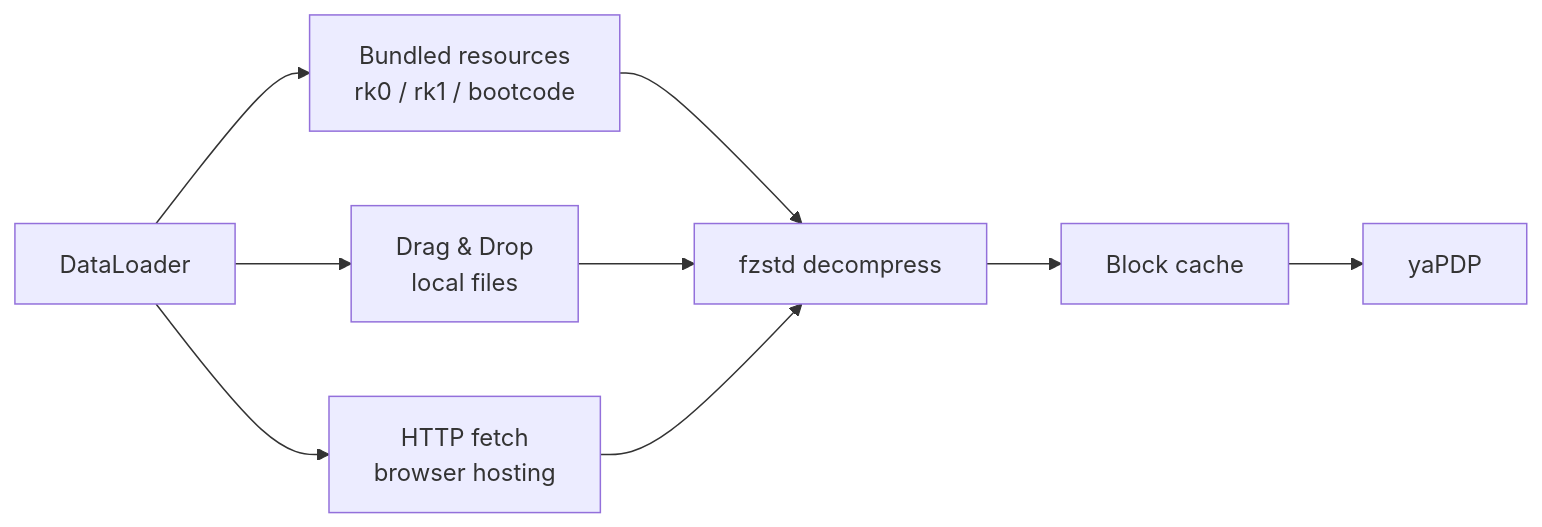
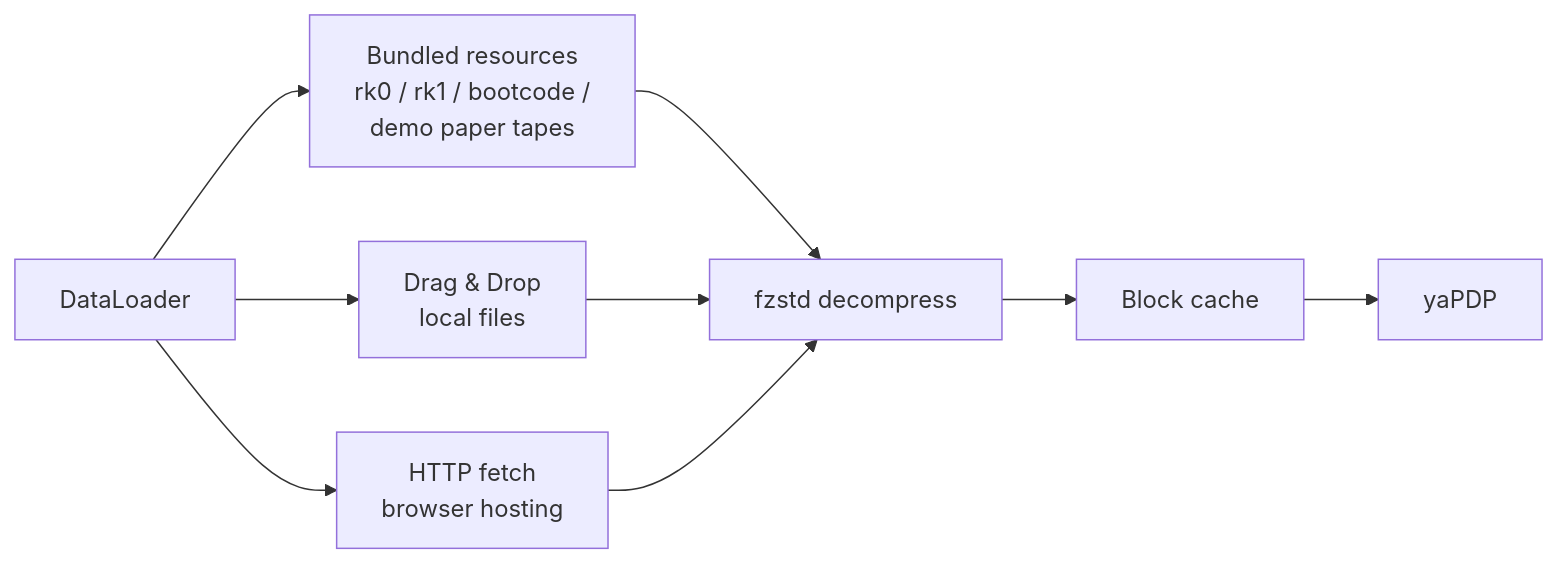
Before and after one commit to amesk/yaPDP: the diagram in docs/BUILDING.md, drawn with Mermaid. The commit also changed other lines of this file and 15 other files, not shown here.

````diff
--- a/docs/BUILDING.md
+++ b/docs/BUILDING.md
@@ -58,10 +73,10 @@
 ```mermaid
 flowchart LR
-    A[DataLoader] --> B[Bundled resources<br/>rk0 / rk1 / bootcode]
+    A[DataLoader] --> B[Bundled resources<br/>rk0 / rk1 / bootcode /<br/>demo paper tapes]
     A --> C[Drag & Drop<br/>local files]
     A --> D[HTTP fetch<br/>browser hosting]
     B --> E[fzstd decompress]
     C --> E
     D --> E
     E --> F[Block cache] --> G[yaPDP]
 ```
````
